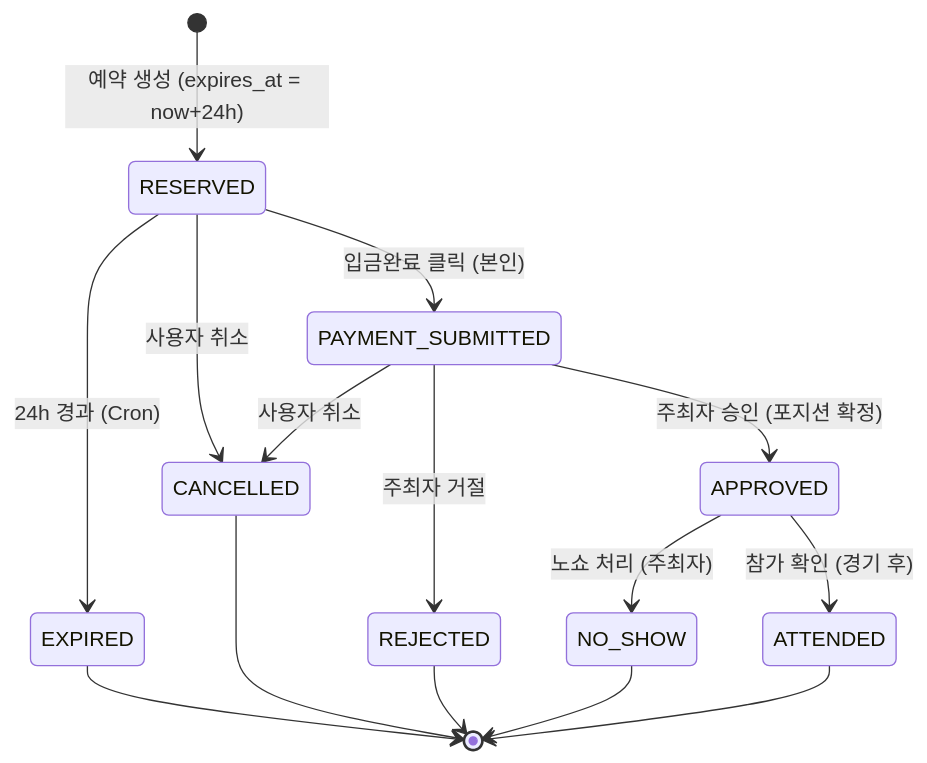
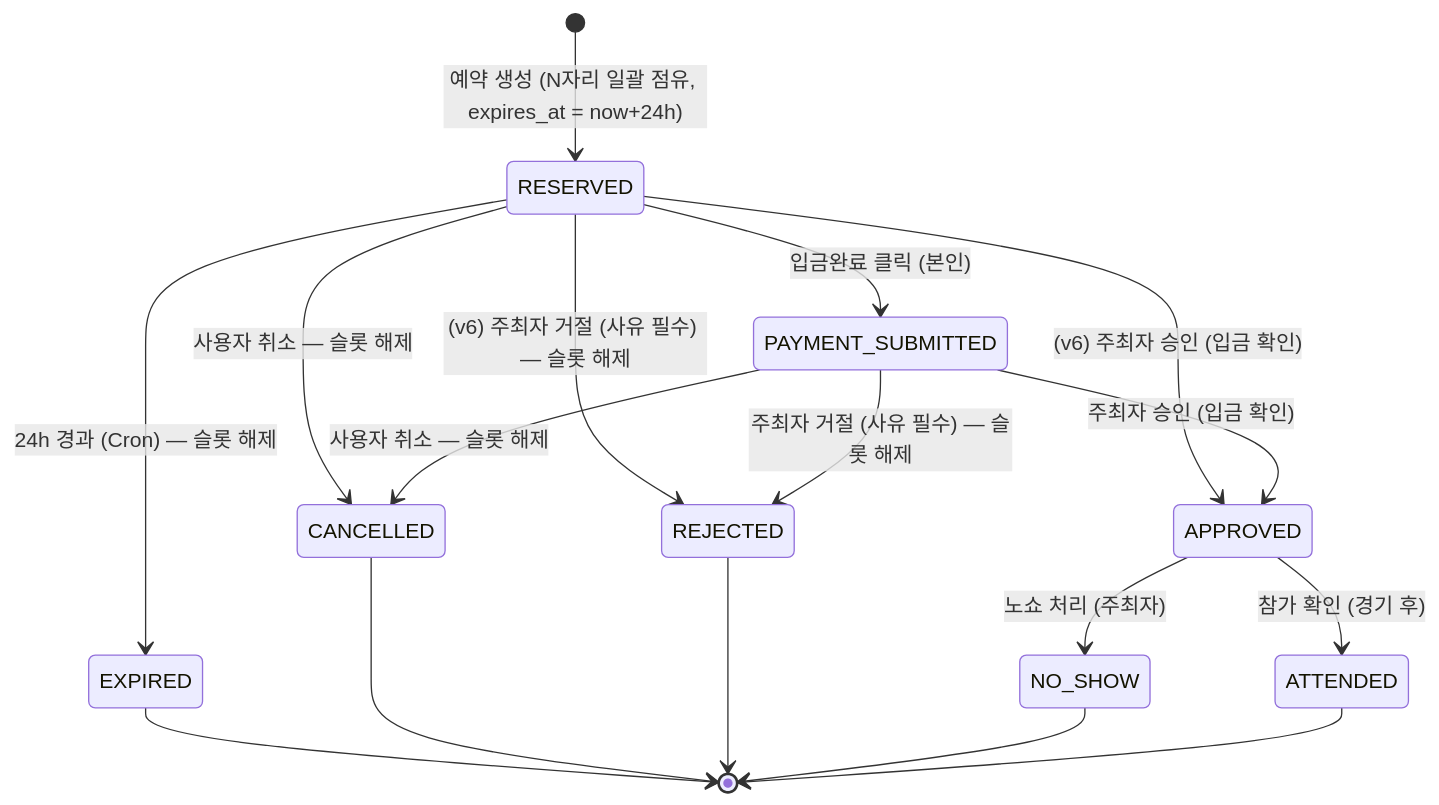
The diagram in docs/ERD.md (YAGUHAE/YAGUHAE_BE), drawn with Mermaid before and after one commit. The commit also changed other lines of this file, not shown here.

First line of the commit message:
docs(erd): ERD v6 갱신 — API 명세 v6 동기화

````diff
--- a/docs/ERD.md
+++ b/docs/ERD.md
@@ -231,17 +549,19 @@
 ```mermaid
 stateDiagram-v2
-    [*] --> RESERVED: 예약 생성 (expires_at = now+24h)
+    [*] --> RESERVED: 예약 생성 (N자리 일괄 점유, expires_at = now+24h)
     RESERVED --> PAYMENT_SUBMITTED: 입금완료 클릭 (본인)
-    RESERVED --> EXPIRED: 24h 경과 (Cron)
-    RESERVED --> CANCELLED: 사용자 취소
-    PAYMENT_SUBMITTED --> APPROVED: 주최자 승인 (포지션 확정)
-    PAYMENT_SUBMITTED --> REJECTED: 주최자 거절
-    PAYMENT_SUBMITTED --> CANCELLED: 사용자 취소
+    RESERVED --> EXPIRED: 24h 경과 (Cron) — 슬롯 해제
+    RESERVED --> CANCELLED: 사용자 취소 — 슬롯 해제
+    RESERVED --> APPROVED: (v6) 주최자 승인 (입금 확인)
+    RESERVED --> REJECTED: (v6) 주최자 거절 (사유 필수) — 슬롯 해제
+    PAYMENT_SUBMITTED --> APPROVED: 주최자 승인 (입금 확인)
+    PAYMENT_SUBMITTED --> REJECTED: 주최자 거절 (사유 필수) — 슬롯 해제
+    PAYMENT_SUBMITTED --> CANCELLED: 사용자 취소 — 슬롯 해제
     APPROVED --> ATTENDED: 참가 확인 (경기 후)
     APPROVED --> NO_SHOW: 노쇼 처리 (주최자)
     EXPIRED --> [*]
     CANCELLED --> [*]
     REJECTED --> [*]
     NO_SHOW --> [*]
     ATTENDED --> [*]
 ```
````
